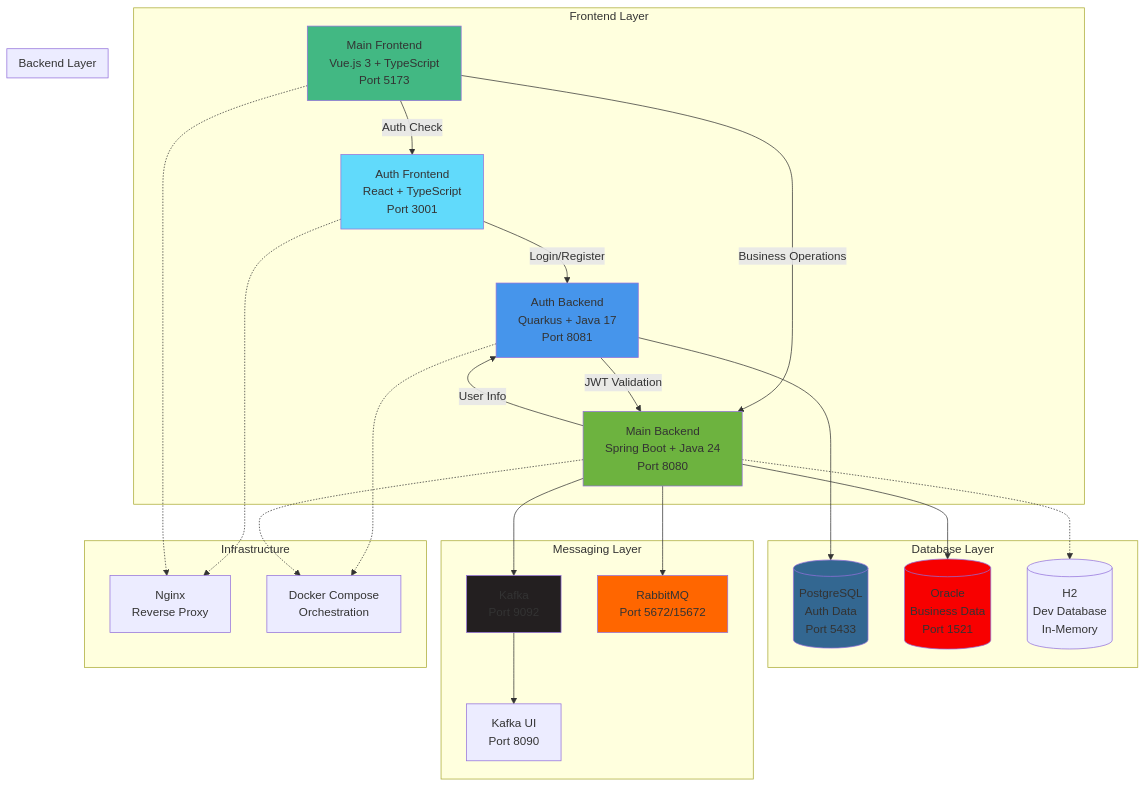
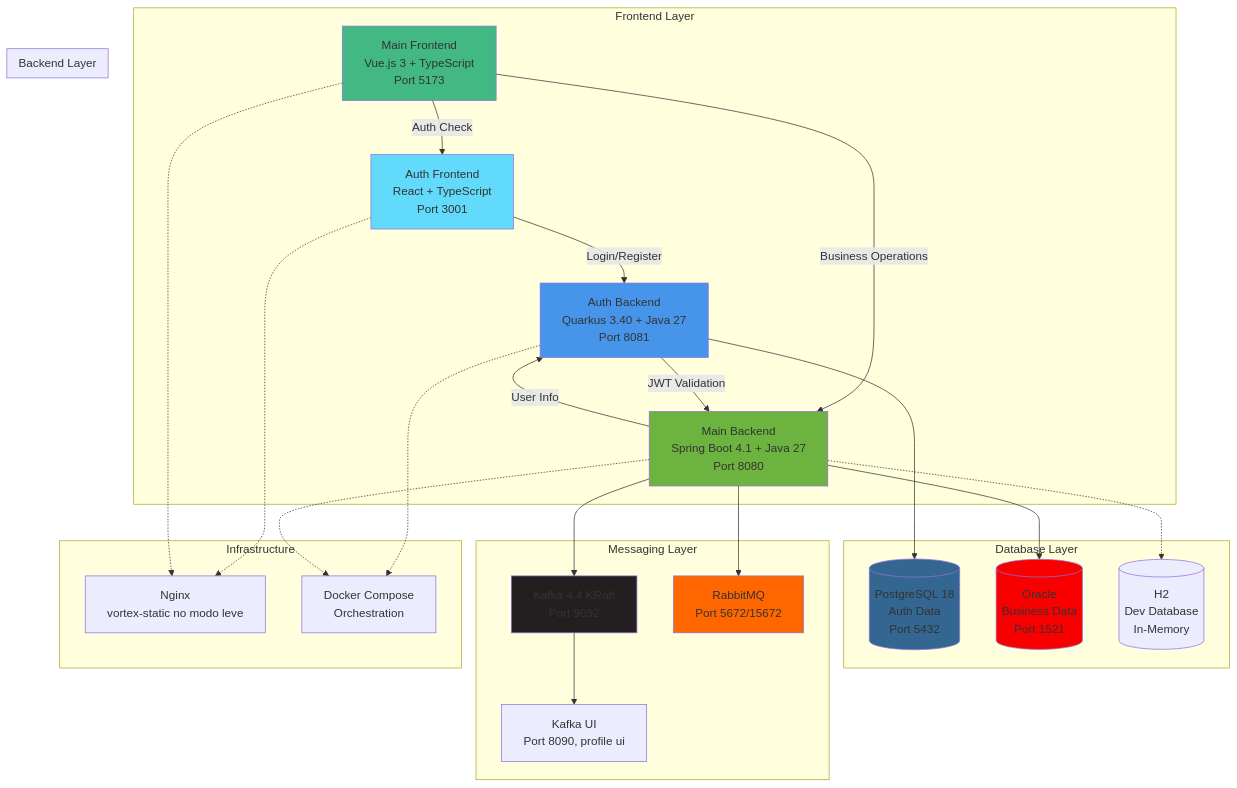
Before and after one commit to caiocv18/vortex: the first of 3 diagrams in README.md, drawn with Mermaid. The commit also changed other lines of this file and 9 other files, not shown here.

````diff
--- a/README.md
+++ b/README.md
@@ -47,58 +47,58 @@
 ```mermaid
 graph TB
     subgraph "Frontend Layer"
         AF[Auth Frontend<br/>React + TypeScript<br/>Port 3001] 
         MF[Main Frontend<br/>Vue.js 3 + TypeScript<br/>Port 5173]
         
         AF --> |Login/Register| AB
         MF --> |Business Operations| MB
         MF --> |Auth Check| AF
     end
     
     subgraph "Backend Layer"
-        AB[Auth Backend<br/>Quarkus + Java 17<br/>Port 8081]
-        MB[Main Backend<br/>Spring Boot + Java 24<br/>Port 8080]
+        AB[Auth Backend<br/>Quarkus 3.40 + Java 27<br/>Port 8081]
+        MB[Main Backend<br/>Spring Boot 4.1 + Java 27<br/>Port 8080]
         
         AB --> |JWT Validation| MB
         MB --> |User Info| AB
     end
     
     subgraph "Database Layer"
-        PG[(PostgreSQL<br/>Auth Data<br/>Port 5433)]
+        PG[(PostgreSQL 18<br/>Auth Data<br/>Port 5432)]
         OR[(Oracle<br/>Business Data<br/>Port 1521)]
         H2[(H2<br/>Dev Database<br/>In-Memory)]
         
         AB --> PG
         MB --> OR
         MB -.-> H2
     end
     
     subgraph "Messaging Layer"
-        KF[Kafka<br/>Port 9092]
-        KUI[Kafka UI<br/>Port 8090]
+        KF[Kafka 4.4 KRaft<br/>Port 9092]
+        KUI[Kafka UI<br/>Port 8090, profile ui]
         RMQ[RabbitMQ<br/>Port 5672/15672]
         
         MB --> KF
         MB --> RMQ
         KF --> KUI
     end
     
     subgraph "Infrastructure"
-        NG[Nginx<br/>Reverse Proxy]
+        NG[Nginx<br/>vortex-static no modo leve]
         DC[Docker Compose<br/>Orchestration]
         
         AF -.-> NG
         MF -.-> NG
         AB -.-> DC
         MB -.-> DC
     end
     
     style AF fill:#61dafb
     style MF fill:#42b883
     style AB fill:#4695eb
     style MB fill:#6db33f
     style PG fill:#336791
     style OR fill:#f80000
     style KF fill:#231f20
     style RMQ fill:#ff6600
 ```
````
